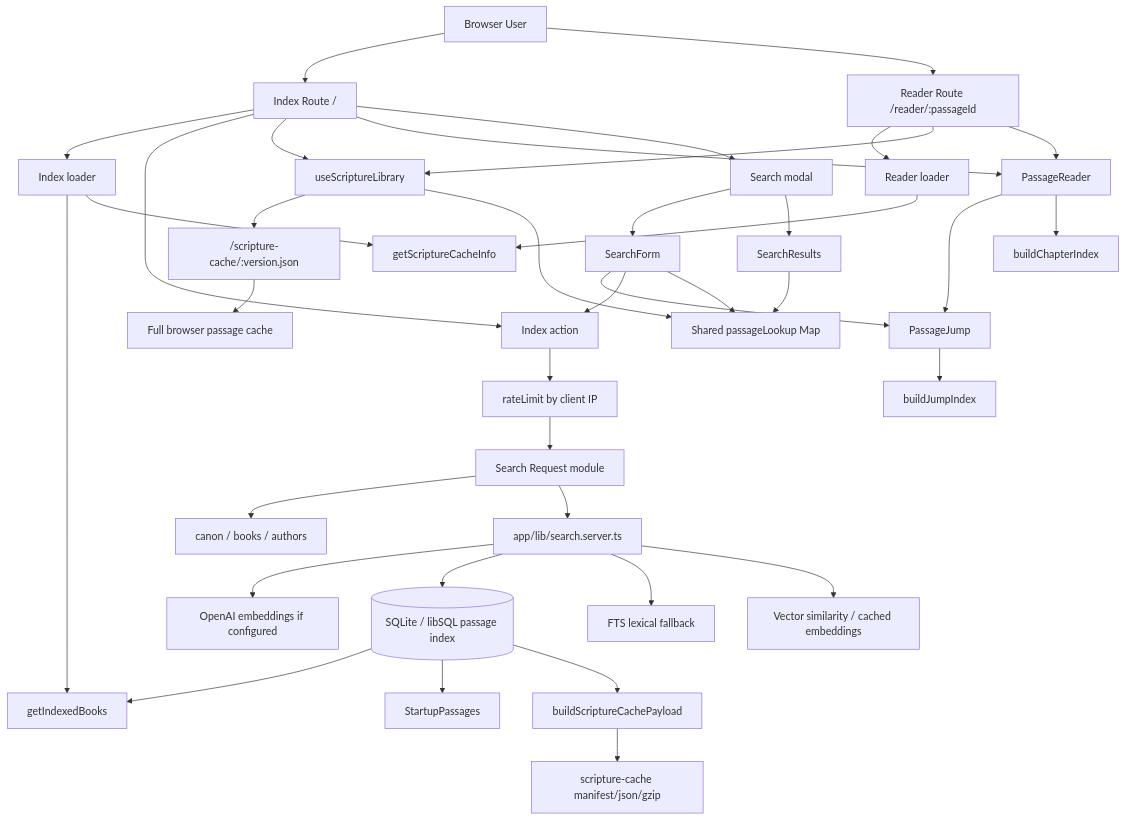
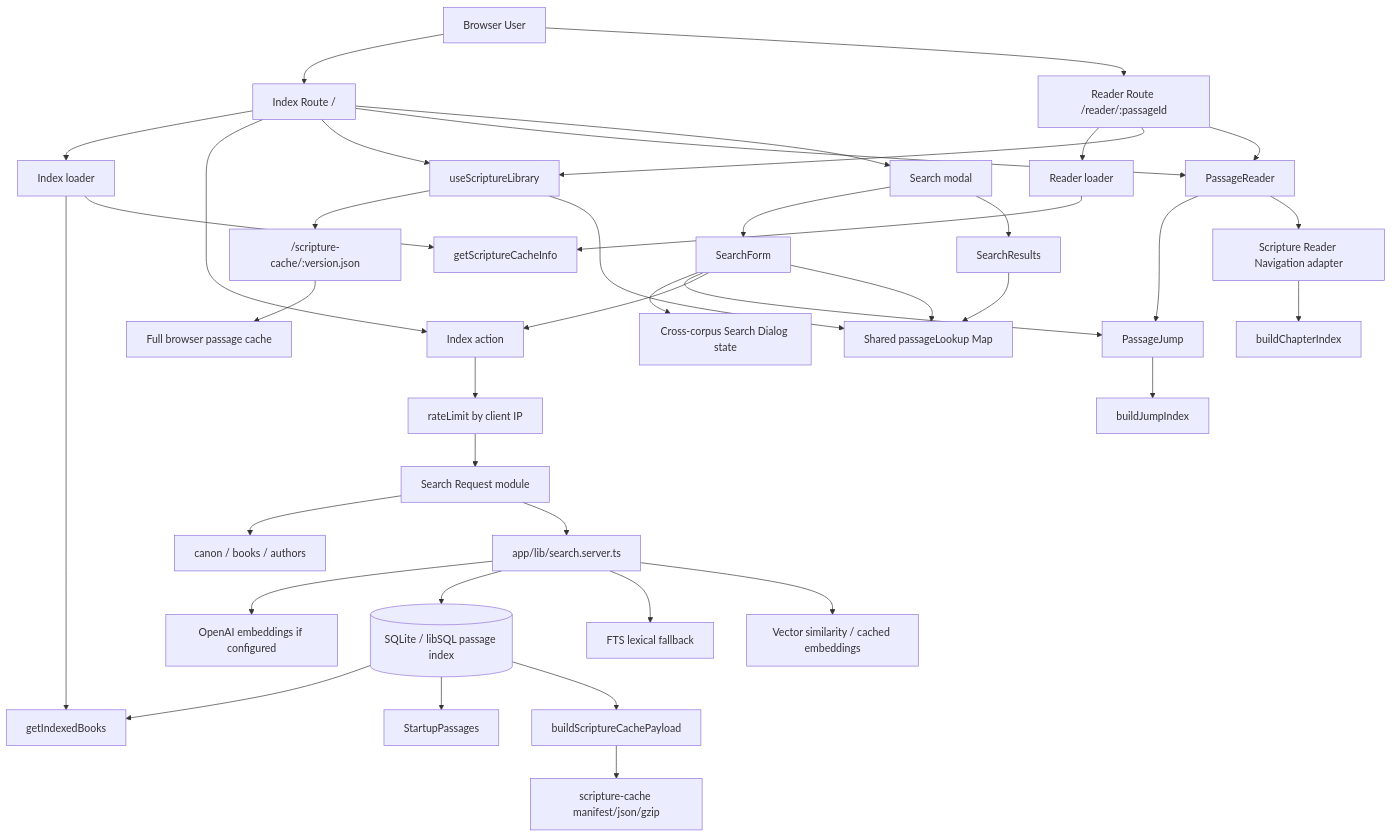
One commit to jacksonStone/cross-cannon changed the first of 5 diagrams in docs/architecture.md. Above: the diagram before and after it, drawn with Mermaid. The commit also changed other lines of this file and 21 other files, not shown here.

Commit message:
Deepen reader navigation and search dialog modules

````diff
--- a/docs/architecture.md
+++ b/docs/architecture.md
@@ -29,50 +29,52 @@
 ```mermaid
 flowchart TD
   User["Browser User"] --> Root["Index Route /"]
   User --> ReaderRoute["Reader Route /reader/:passageId"]
 
   Root --> Loader[Index loader]
   Root --> Action[Index action]
   ReaderRoute --> ReaderLoader[Reader loader]
 
   Loader --> IndexedBooks[getIndexedBooks]
   Loader --> CacheInfo[getScriptureCacheInfo]
   ReaderLoader --> CacheInfo
 
   Root --> ScriptureLibrary[useScriptureLibrary]
   ReaderRoute --> ScriptureLibrary
 
   ScriptureLibrary --> BrowserCache["/scripture-cache/:version.json"]
   BrowserCache --> FullPassageCache["Full browser passage cache"]
   ScriptureLibrary --> PassageLookup["Shared passageLookup Map"]
 
   Root --> PassageReader[PassageReader]
   Root --> SearchModal[Search modal]
   ReaderRoute --> PassageReader
 
   SearchModal --> SearchForm[SearchForm]
   SearchModal --> SearchResults[SearchResults]
+  SearchForm --> SearchDialogState[Cross-corpus Search Dialog state]
   PassageReader --> PassageJump[PassageJump]
   SearchForm --> PassageJump
 
   SearchForm --> Action
   SearchResults --> PassageLookup
   SearchForm --> PassageLookup
-  PassageReader --> ChapterIndex[buildChapterIndex]
+  PassageReader --> ScriptureNavigation[Scripture Reader Navigation adapter]
+  ScriptureNavigation --> ChapterIndex[buildChapterIndex]
   PassageJump --> JumpIndex[buildJumpIndex]
 
   Action --> RateLimit[rateLimit by client IP]
   RateLimit --> SearchRequest[Search Request module]
   SearchRequest --> Filters[canon / books / authors]
   SearchRequest --> SearchEngine["app/lib/search.server.ts"]
 
   SearchEngine --> OpenAI["OpenAI embeddings if configured"]
   SearchEngine --> DB[("SQLite / libSQL passage index")]
   SearchEngine --> FTS["FTS lexical fallback"]
   SearchEngine --> Vector["Vector similarity / cached embeddings"]
 
   DB --> IndexedBooks
   DB --> StartupPassages
   DB --> CacheBuild[buildScriptureCachePayload]
   CacheBuild --> StaticCache["scripture-cache manifest/json/gzip"]
 ```
````
